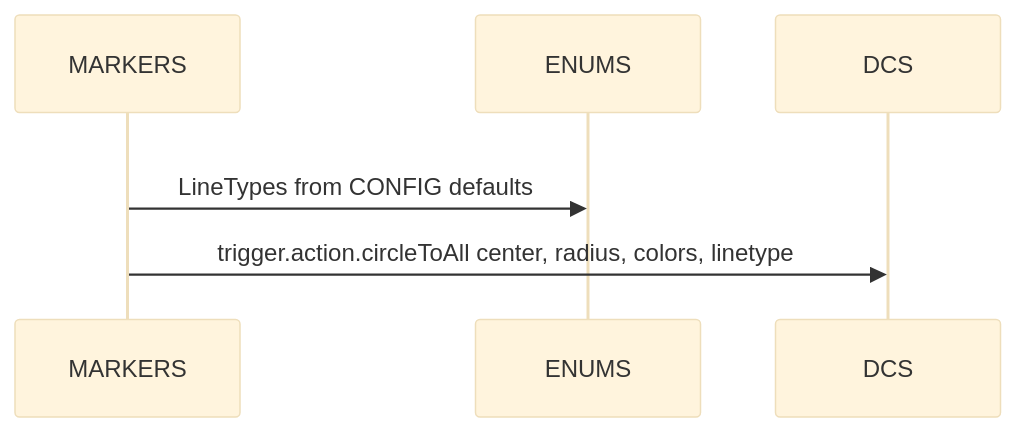
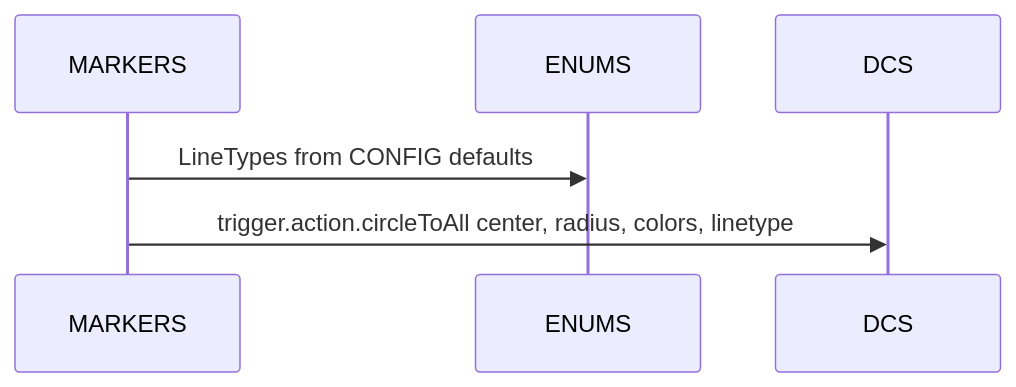
The fourth of 4 diagrams in docs/enums/lines_and_markers.md (Gh0st352/AETHR), drawn with Mermaid before and after one commit. The commit also changed other lines of this file and 20 other files, not shown here.

First line of the commit message:
docs: unify mermaid themes and clarify module graphs

````diff
--- a/docs/enums/lines_and_markers.md
+++ b/docs/enums/lines_and_markers.md
@@ -108,11 +91,10 @@
 ```mermaid
-%%{init: {"theme":"base"}}%%
+%% shared theme: docs/_mermaid/theme.json %%
 sequenceDiagram
   participant MK as MARKERS
   participant EN as ENUMS
+  participant DCS as DCS
 
-  rect rgba(255, 255, 255, 0.75)
-    MK->>EN: LineTypes from CONFIG defaults
-    MK->>DCS: trigger.action.circleToAll center, radius, colors, linetype
-  end
+  MK->>EN: LineTypes from CONFIG defaults
+  MK->>DCS: trigger.action.circleToAll center, radius, colors, linetype
 ```
````
